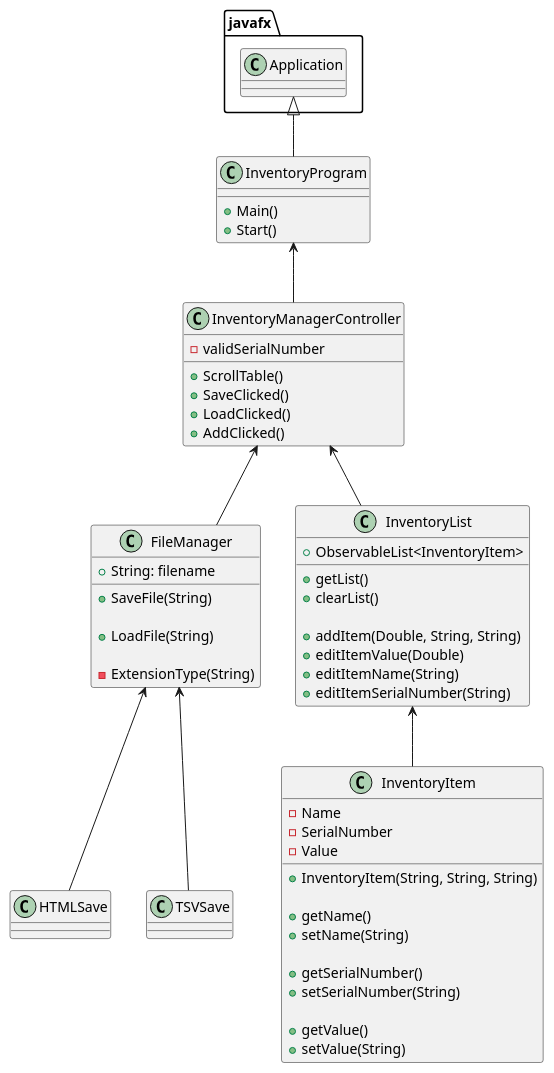
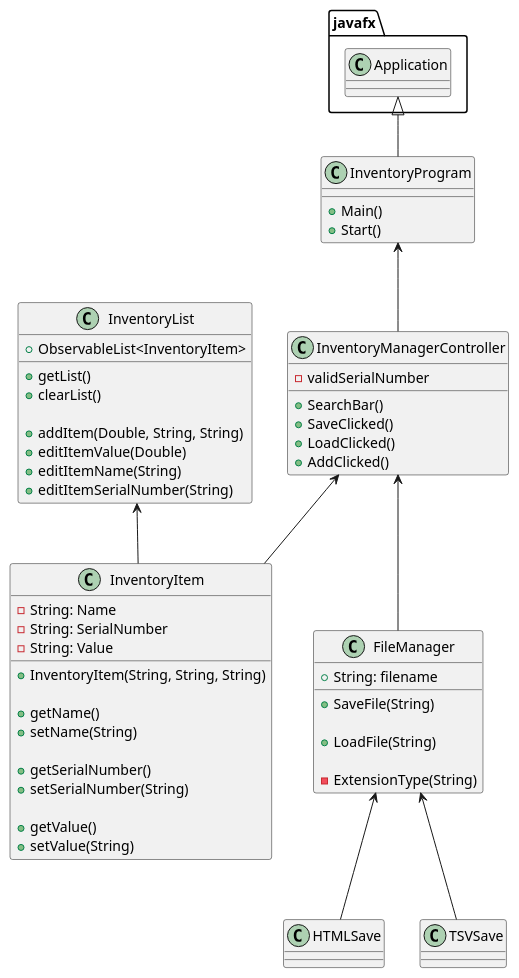
One commit to Chabs64/higgins-1720-a5 changed the diagram in UML/Main.puml. Above: the diagram before and after it, drawn with PlantUML. The commit also changed 4 other files, not shown here.

```diff
--- a/UML/Main.puml
+++ b/UML/Main.puml
@@ -1,85 +1,85 @@
 @startuml
 
 javafx.Application <|-- InventoryProgram
 InventoryProgram <-- InventoryManagerController
 InventoryManagerController <-- FileManager
 FileManager <-- HTMLSave
 FileManager <-- TSVSave
 
-InventoryManagerController <-- InventoryList
+InventoryManagerController <-- InventoryItem
 InventoryList <-- InventoryItem
 
 class InventoryProgram
 {
     + Main()
     + Start()
 }
 
 
 class InventoryManagerController
 {
     - validSerialNumber
 
-    + ScrollTable()
+    + SearchBar()
     + SaveClicked()
     + LoadClicked()
     + AddClicked()
 }
 
 
 class InventoryList
 {
     + ObservableList<InventoryItem>
 
     + getList()
     + clearList()
 
     + addItem(Double, String, String)
     + editItemValue(Double)
     + editItemName(String)
     + editItemSerialNumber(String)
 }
 
 
 class InventoryItem
 {
-    - Name
-    - SerialNumber
-    - Value
+    - String: Name
+    - String: SerialNumber
+    - String: Value
 
     + InventoryItem(String, String, String)
 
     + getName()
     + setName(String)
 
     + getSerialNumber()
     + setSerialNumber(String)
 
     + getValue()
     + setValue(String)
 }
 
 
 class FileManager
 {
     + String: filename
 
     + SaveFile(String)
 
     + LoadFile(String)
 
     - ExtensionType(String)
 }
 
 class HTMLSave
 {
 
 }
 
 class TSVSave
 {
 
 }
 
 
 @enduml
```
